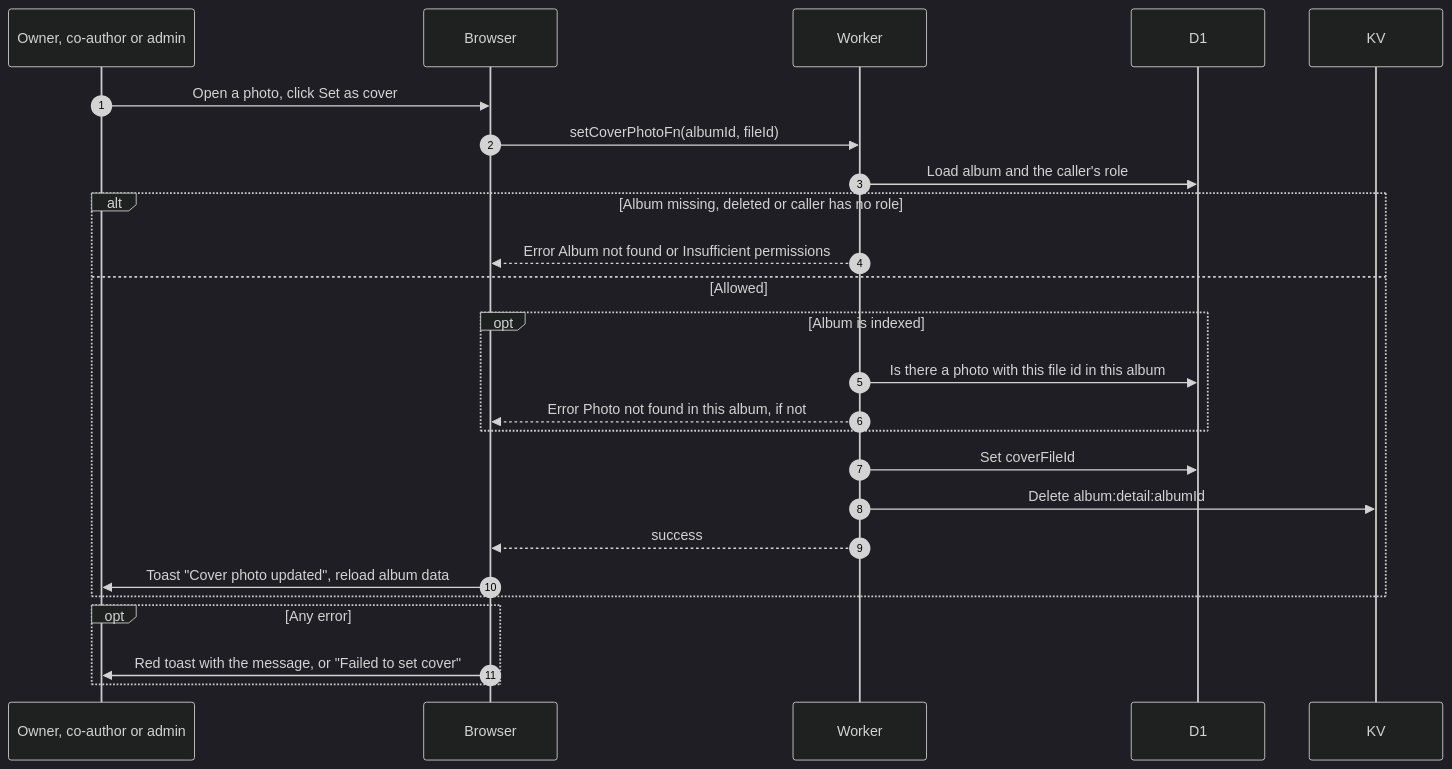
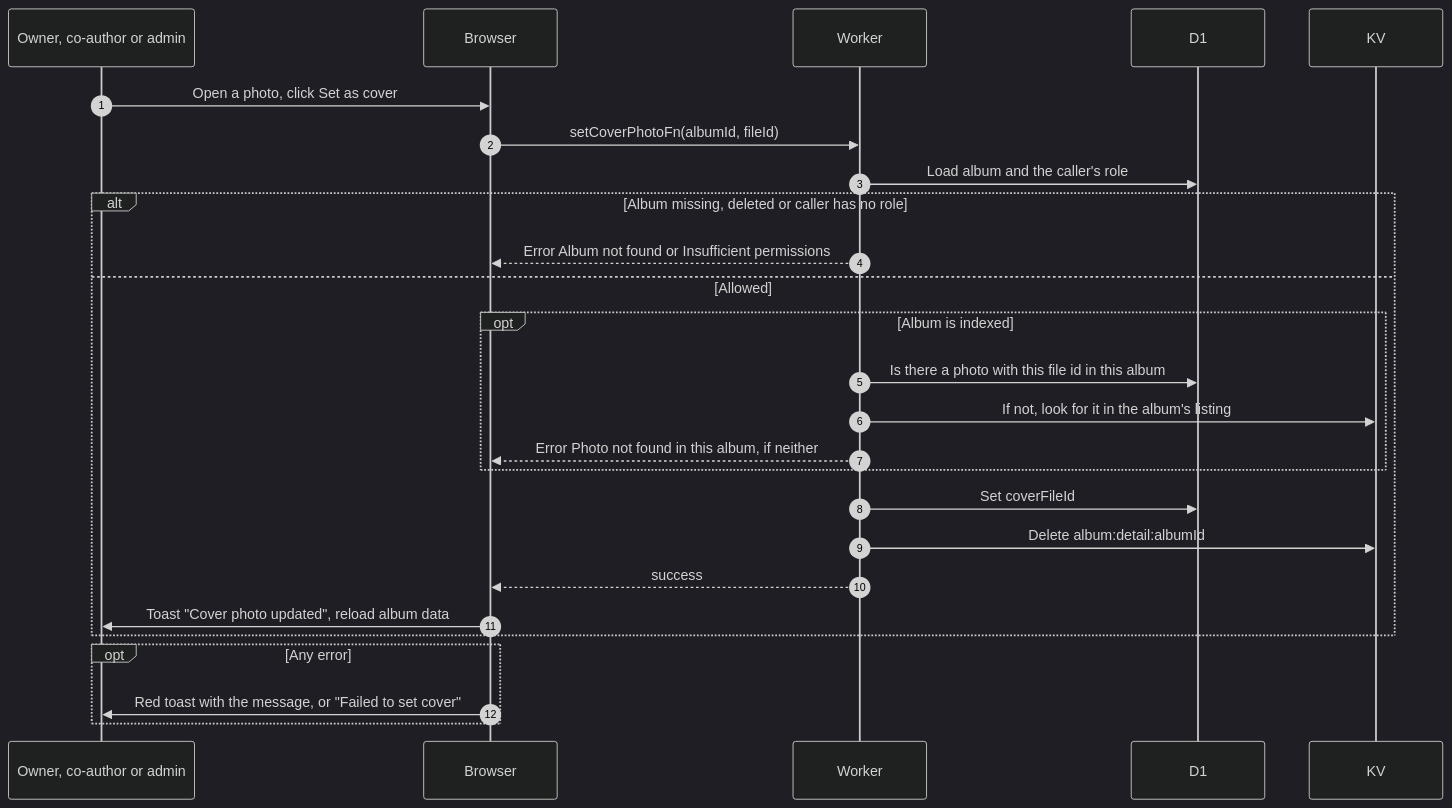
Before and after one commit to sagyzdop/meriksirat: the diagram in docs/scenarios/albums/set-cover-photo.md, drawn with Mermaid (dark theme). The commit also changed other lines of this file and 26 other files, not shown here.

````diff
--- a/docs/scenarios/albums/set-cover-photo.md
+++ b/docs/scenarios/albums/set-cover-photo.md
@@ -12,27 +12,28 @@
 ```mermaid
 sequenceDiagram
     autonumber
     participant M as Owner, co-author or admin
     participant B as Browser
     participant W as Worker
     participant D as D1
     participant K as KV
     M->>B: Open a photo, click Set as cover
     B->>W: setCoverPhotoFn(albumId, fileId)
     W->>D: Load album and the caller's role
     alt Album missing, deleted or caller has no role
         W-->>B: Error Album not found or Insufficient permissions
     else Allowed
         opt Album is indexed
             W->>D: Is there a photo with this file id in this album
-            W-->>B: Error Photo not found in this album, if not
+            W->>K: If not, look for it in the album's listing
+            W-->>B: Error Photo not found in this album, if neither
         end
         W->>D: Set coverFileId
         W->>K: Delete album:detail:albumId
         W-->>B: success
         B->>M: Toast "Cover photo updated", reload album data
     end
     opt Any error
         B->>M: Red toast with the message, or "Failed to set cover"
     end
 ```
````
